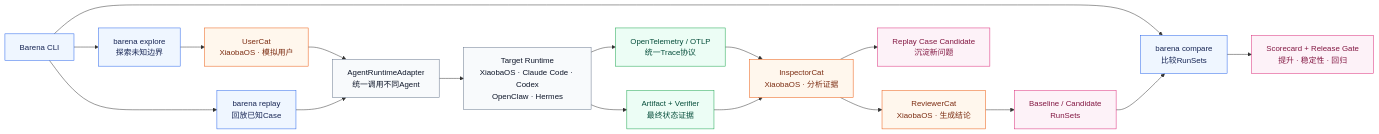
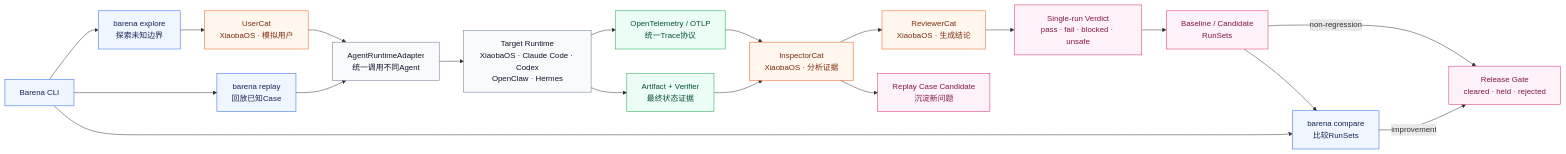
One commit to fightheyyy/barena changed the second of 2 diagrams in README.md. Above: the diagram before and after it, drawn with Mermaid. The commit also changed other lines of this file and 54 other files, not shown here.

````diff
--- a/README.md
+++ b/README.md
@@ -140,47 +147,50 @@
 ```mermaid
 flowchart LR
     CLI["Barena CLI"]
     Explore["barena explore<br/>探索未知边界"]
     Replay["barena replay<br/>回放已知Case"]
     Compare["barena compare<br/>比较RunSets"]
 
     UserCat["UserCat<br/>XiaobaOS · 模拟用户"]
     Adapter["AgentRuntimeAdapter<br/>统一调用不同Agent"]
     Runtime["Target Runtime<br/>XiaobaOS · Claude Code · Codex<br/>OpenClaw · Hermes"]
     OTel["OpenTelemetry / OTLP<br/>统一Trace协议"]
     Artifact["Artifact + Verifier<br/>最终状态证据"]
     InspectorCat["InspectorCat<br/>XiaobaOS · 分析证据"]
     ReviewerCat["ReviewerCat<br/>XiaobaOS · 生成结论"]
     RunSets["Baseline / Candidate<br/>RunSets"]
     NewCase["Replay Case Candidate<br/>沉淀新问题"]
-    Result["Scorecard + Release Gate<br/>提升 · 稳定性 · 回归"]
+    Verdict["Single-run Verdict<br/>pass · fail · blocked · unsafe"]
+    Result["Release Gate<br/>cleared · held · rejected"]
 
     CLI --> Explore
     CLI --> Replay
     CLI --> Compare
 
     Explore --> UserCat
     UserCat --> Adapter
     Replay --> Adapter
     Adapter --> Runtime
     Runtime --> OTel
     Runtime --> Artifact
     OTel --> InspectorCat
     Artifact --> InspectorCat
     InspectorCat --> ReviewerCat
     InspectorCat --> NewCase
-    ReviewerCat --> RunSets
+    ReviewerCat --> Verdict
+    Verdict --> RunSets
+    RunSets -->|"non-regression"| Result
     RunSets --> Compare
-    Compare --> Result
+    Compare -->|"improvement"| Result
 
     classDef entry fill:#eff6ff,stroke:#2563eb,color:#172554;
     classDef runtime fill:#f8fafc,stroke:#64748b,color:#0f172a;
     classDef telemetry fill:#ecfdf5,stroke:#16a34a,color:#064e3b;
     classDef evaluator fill:#fff7ed,stroke:#ea580c,color:#7c2d12;
     classDef output fill:#fdf2f8,stroke:#db2777,color:#831843;
     class CLI,Explore,Replay,Compare entry;
     class Adapter,Runtime runtime;
     class OTel,Artifact telemetry;
     class UserCat,InspectorCat,ReviewerCat evaluator;
-    class RunSets,NewCase,Result output;
+    class RunSets,NewCase,Verdict,Result output;
 ```
````
